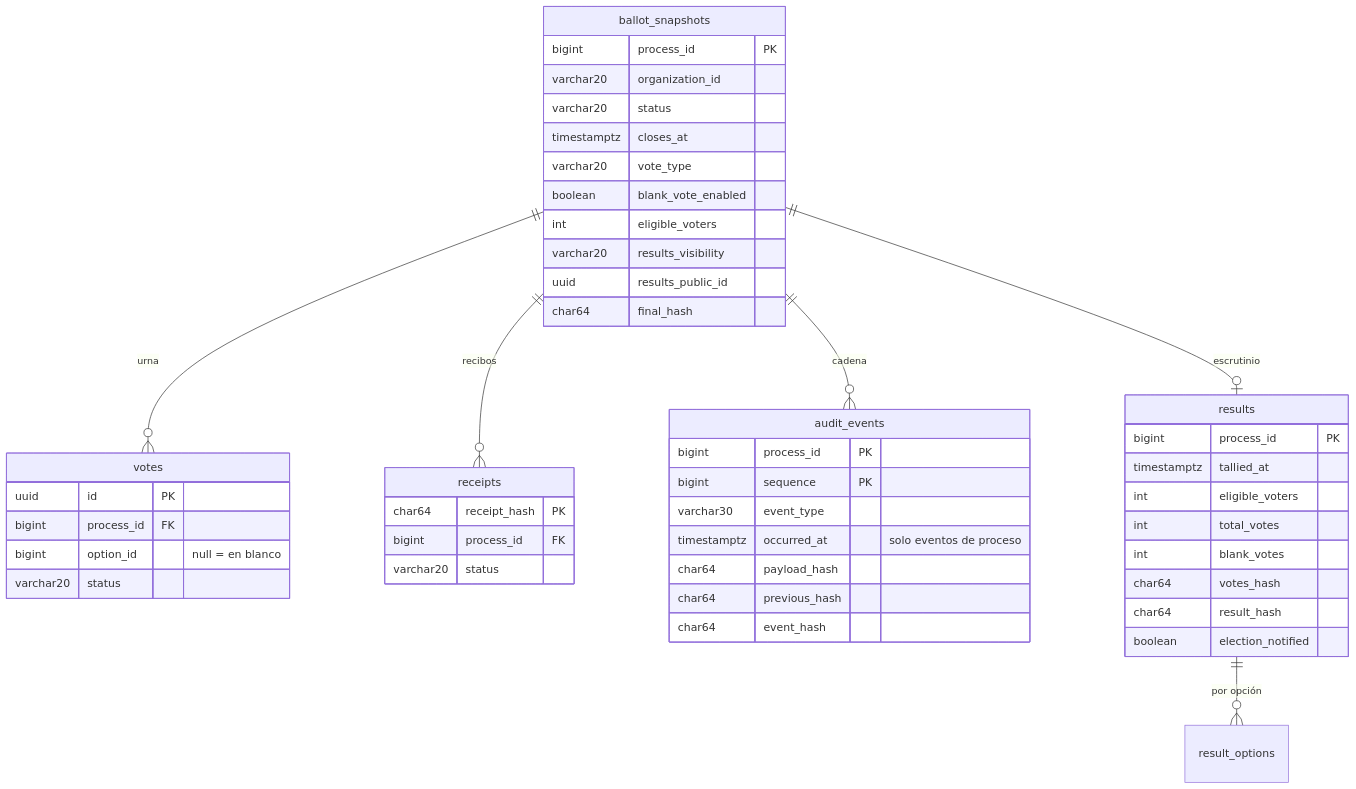
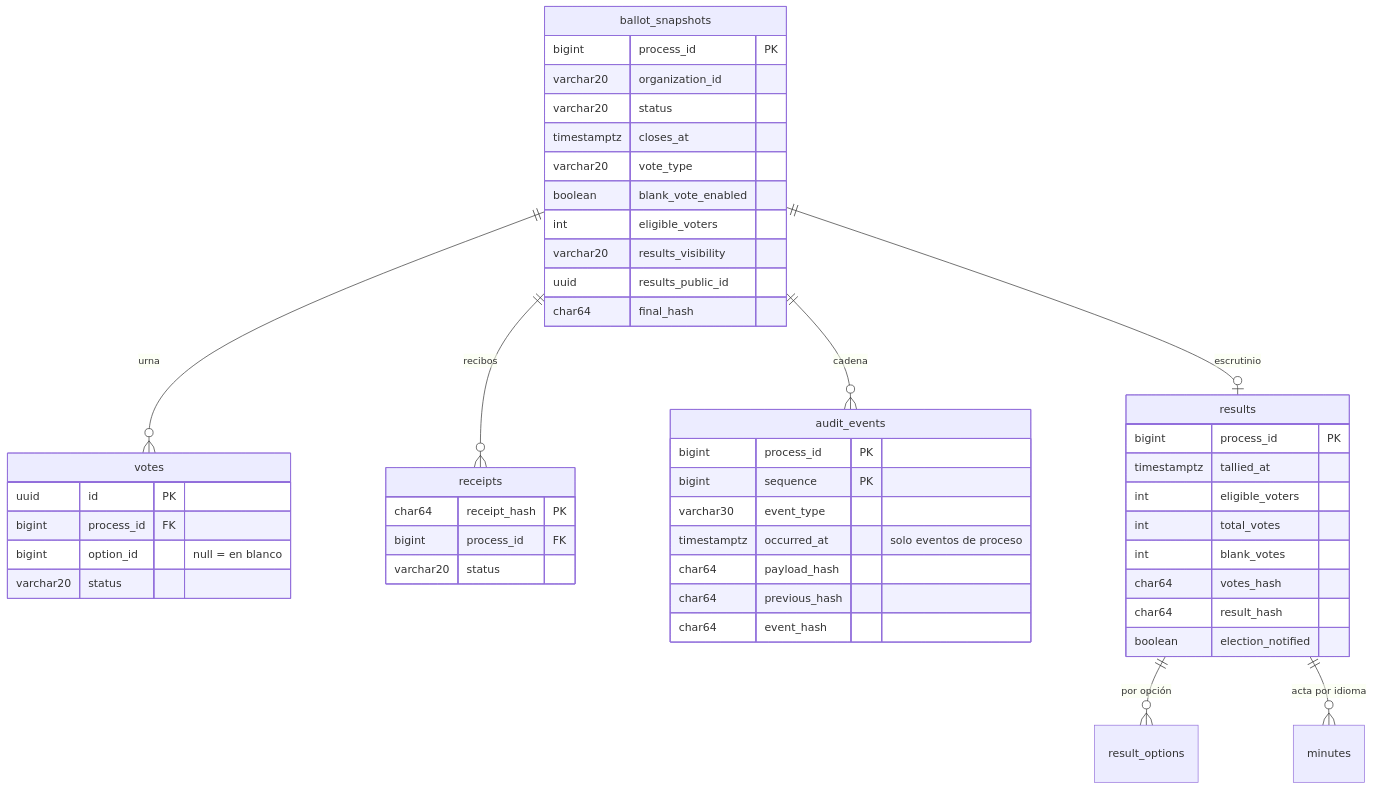
One commit to saulrampa-ual/saas-digital-voting changed the fourth of 4 diagrams in docs/architecture/data-model.md. Above: the diagram before and after it, drawn with Mermaid. The commit also changed other lines of this file and 32 other files, not shown here.

````diff
--- a/docs/architecture/data-model.md
+++ b/docs/architecture/data-model.md
@@ -193,50 +193,51 @@
 ```mermaid
 erDiagram
     ballot_snapshots ||--o{ votes : "urna"
     ballot_snapshots ||--o{ receipts : "recibos"
     ballot_snapshots ||--o{ audit_events : "cadena"
     ballot_snapshots ||--o| results : "escrutinio"
     results ||--o{ result_options : "por opción"
+    results ||--o{ minutes : "acta por idioma"
     ballot_snapshots {
         bigint process_id PK
         varchar20 organization_id
         varchar20 status
         timestamptz closes_at
         varchar20 vote_type
         boolean blank_vote_enabled
         int eligible_voters
         varchar20 results_visibility
         uuid results_public_id
         char64 final_hash
     }
     votes {
         uuid id PK
         bigint process_id FK
         bigint option_id "null = en blanco"
         varchar20 status
     }
     receipts {
         char64 receipt_hash PK
         bigint process_id FK
         varchar20 status
     }
     audit_events {
         bigint process_id PK
         bigint sequence PK
         varchar30 event_type
         timestamptz occurred_at "solo eventos de proceso"
         char64 payload_hash
         char64 previous_hash
         char64 event_hash
     }
     results {
         bigint process_id PK
         timestamptz tallied_at
         int eligible_voters
         int total_votes
         int blank_votes
         char64 votes_hash
         char64 result_hash
         boolean election_notified
     }
 ```
````
